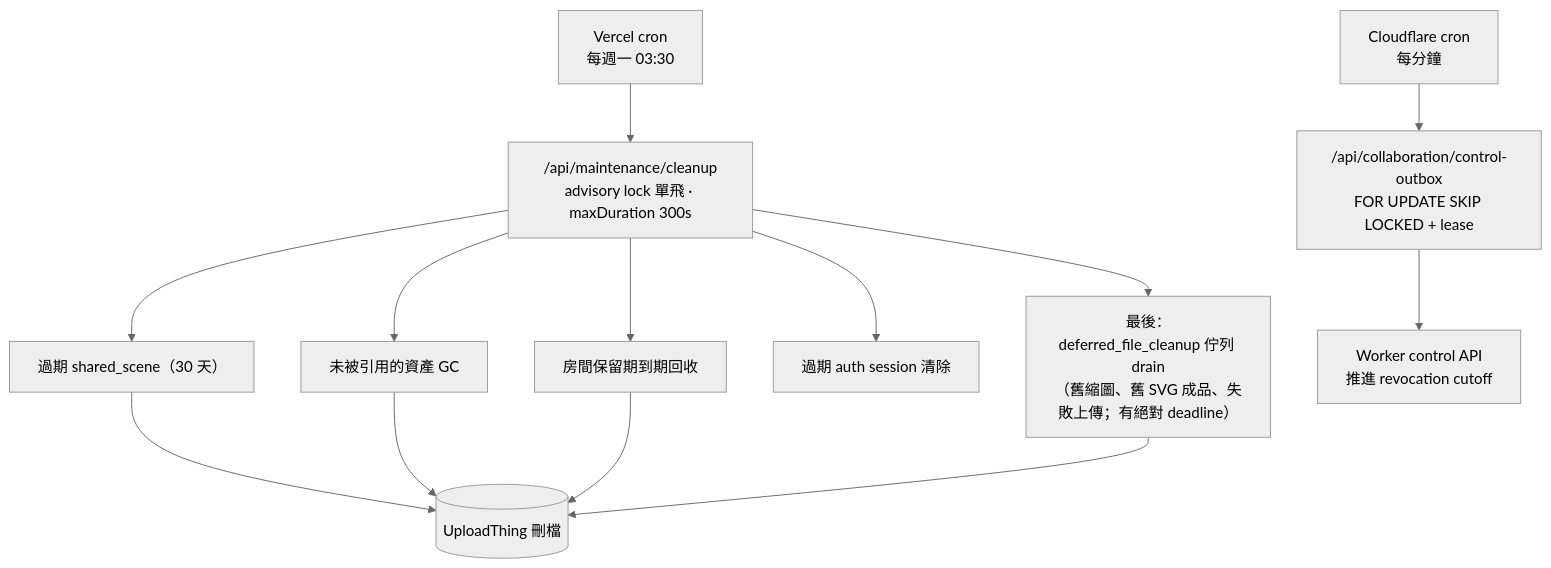
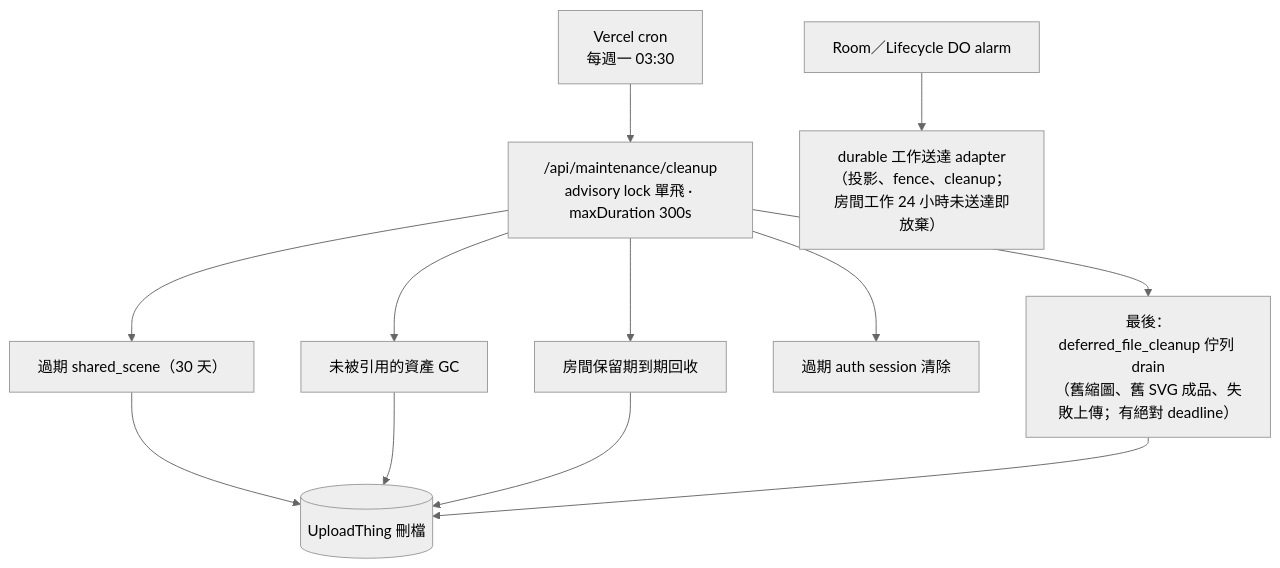
One commit to EricTsai83/drawstuff changed the eighth of 8 diagrams in docs/architecture/pages-and-scenarios.md. Above: the diagram before and after it, drawn with Mermaid (neutral theme). The commit also changed other lines of this file and 48 other files, not shown here.

````diff
--- a/docs/architecture/pages-and-scenarios.md
+++ b/docs/architecture/pages-and-scenarios.md
@@ -298,13 +294,12 @@
 ```mermaid
 flowchart TD
     VC["Vercel cron<br/>每週一 03:30"] --> CLEAN["/api/maintenance/cleanup<br/>advisory lock 單飛 · maxDuration 300s"]
     CLEAN --> J1["過期 shared_scene（30 天）"]
     CLEAN --> J2["未被引用的資產 GC"]
     CLEAN --> J3["房間保留期到期回收"]
     CLEAN --> J5["過期 auth session 清除"]
     CLEAN --> J4["最後：deferred_file_cleanup 佇列 drain<br/>（舊縮圖、舊 SVG 成品、失敗上傳；有絕對 deadline）"]
     J1 & J2 & J3 & J4 --> UT[("UploadThing 刪檔")]
 
-    CC["Cloudflare cron<br/>每分鐘"] --> OUT["/api/collaboration/control-outbox<br/>FOR UPDATE SKIP LOCKED + lease"]
-    OUT --> DOC["Worker control API<br/>推進 revocation cutoff"]
+    DOA["Room／Lifecycle DO alarm"] --> DW["durable 工作送達 adapter<br/>（投影、fence、cleanup；房間工作 24 小時未送達即放棄）"]
 ```
````
